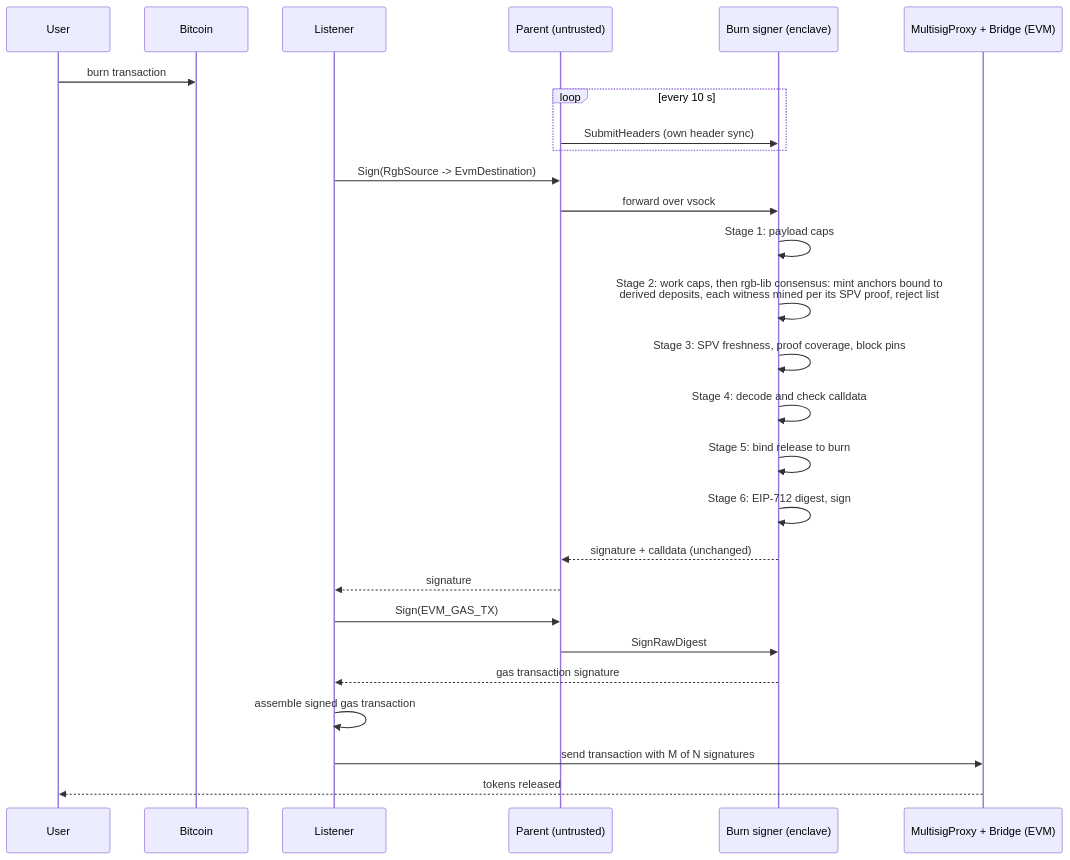
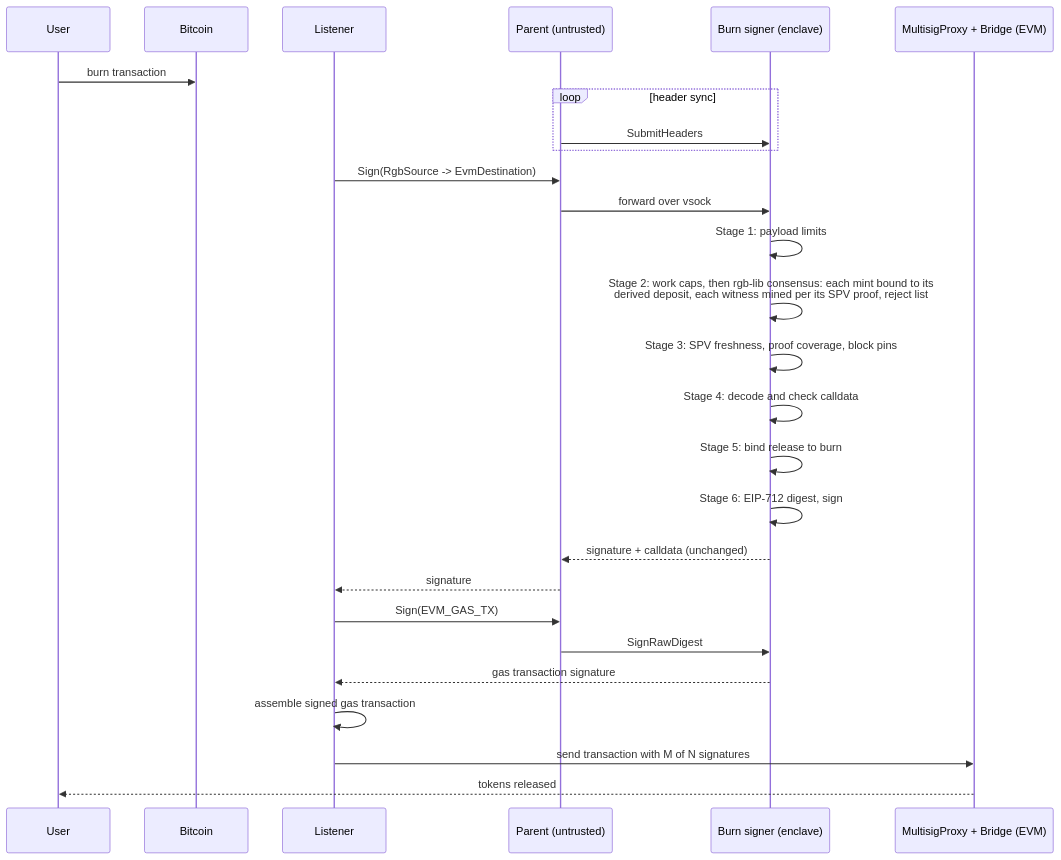
The diagram in docs/burn-flow.md (UTEXO-Protocol/enclave-signer), drawn with Mermaid before and after one commit. The commit also changed other lines of this file and 34 other files, not shown here.

````diff
--- a/docs/burn-flow.md
+++ b/docs/burn-flow.md
@@ -67,30 +61,30 @@
 ```mermaid
 sequenceDiagram
     participant U as User
     participant BT as Bitcoin
     participant L as Listener
     participant P as Parent (untrusted)
     participant E as Burn signer (enclave)
     participant C as MultisigProxy + Bridge (EVM)
 
     U->>BT: burn transaction
-    loop every 10 s
-        P->>E: SubmitHeaders (own header sync)
+    loop header sync
+        P->>E: SubmitHeaders
     end
     L->>P: Sign(RgbSource -> EvmDestination)
     P->>E: forward over vsock
-    E->>E: Stage 1: payload caps
-    E->>E: Stage 2: work caps, then rgb-lib consensus: mint anchors bound to<br/>derived deposits, each witness mined per its SPV proof, reject list
+    E->>E: Stage 1: payload limits
+    E->>E: Stage 2: work caps, then rgb-lib consensus: each mint bound to its<br/>derived deposit, each witness mined per its SPV proof, reject list
     E->>E: Stage 3: SPV freshness, proof coverage, block pins
     E->>E: Stage 4: decode and check calldata
     E->>E: Stage 5: bind release to burn
     E->>E: Stage 6: EIP-712 digest, sign
     E-->>P: signature + calldata (unchanged)
     P-->>L: signature
     L->>P: Sign(EVM_GAS_TX)
     P->>E: SignRawDigest
     E-->>L: gas transaction signature
     L->>L: assemble signed gas transaction
     L->>C: send transaction with M of N signatures
     C-->>U: tokens released
 ```
````
